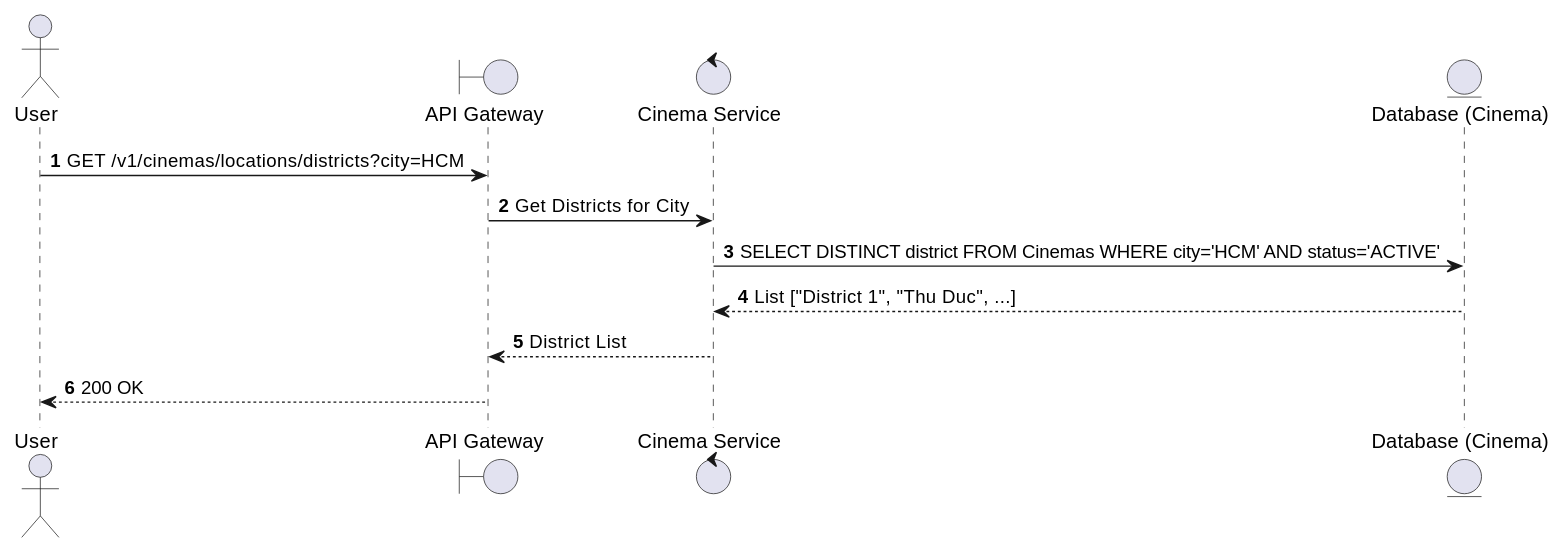
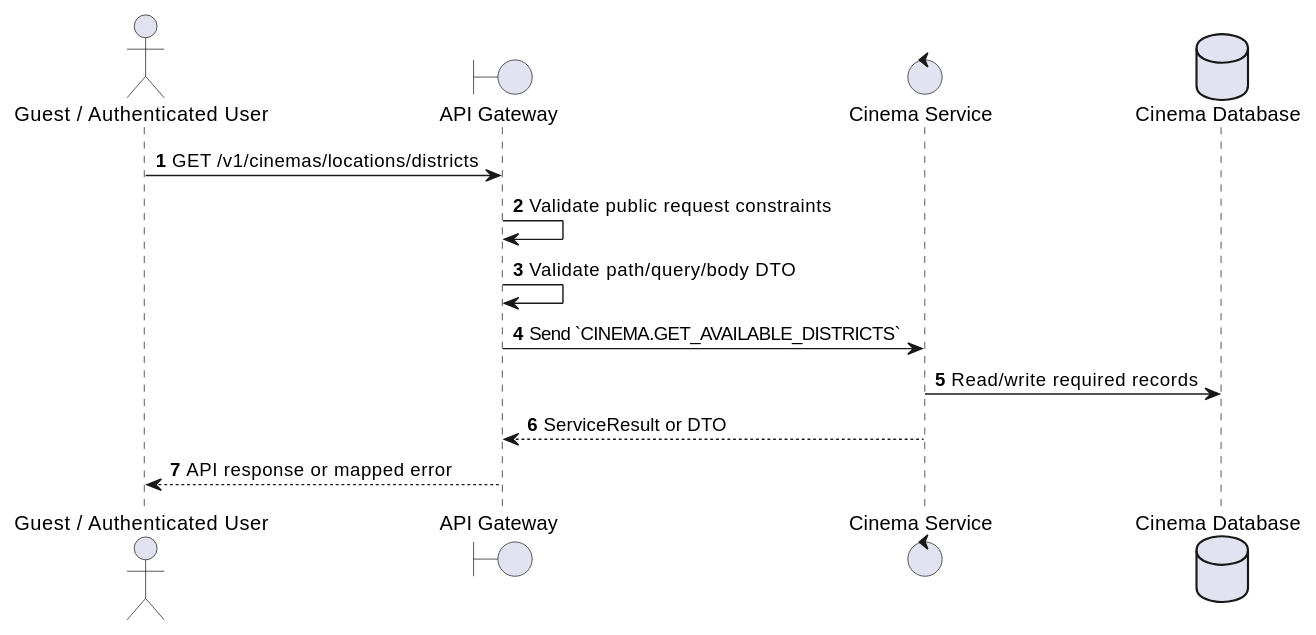
Before and after one commit to Tanh1603/movie-hub-architecture: the first of 2 diagrams in docs/functional_specs/3.2.1_Cinema_Management/CM-10_Get_Available_Districts.md, drawn with PlantUML. The commit also changed other lines of this file and 126 other files, not shown here.

````diff
--- a/docs/functional_specs/3.2.1_Cinema_Management/CM-10_Get_Available_Districts.md
+++ b/docs/functional_specs/3.2.1_Cinema_Management/CM-10_Get_Available_Districts.md
@@ -17,16 +17,17 @@
 ```plantuml
 @startuml
 autonumber
-actor User
+actor "Guest / Authenticated User" as Actor
 boundary "API Gateway" as GW
-control "Cinema Service" as CS
-entity "Database (Cinema)" as DB
+control "Cinema Service" as SVC
+database "Cinema Database" as DB
 
-User -> GW: GET /v1/cinemas/locations/districts?city=HCM
-GW -> CS: Get Districts for City
-CS -> DB: SELECT DISTINCT district FROM Cinemas WHERE city='HCM' AND status='ACTIVE'
-DB --> CS: List ["District 1", "Thu Duc", ...]
-CS --> GW: District List
-GW --> User: 200 OK
+Actor -> GW: GET /v1/cinemas/locations/districts
+GW -> GW: Validate public request constraints
+GW -> GW: Validate path/query/body DTO
+GW -> SVC: Send `CINEMA.GET_AVAILABLE_DISTRICTS`
+SVC -> DB: Read/write required records
+SVC --> GW: ServiceResult or DTO
+GW --> Actor: API response or mapped error
 @enduml
 ```
````
